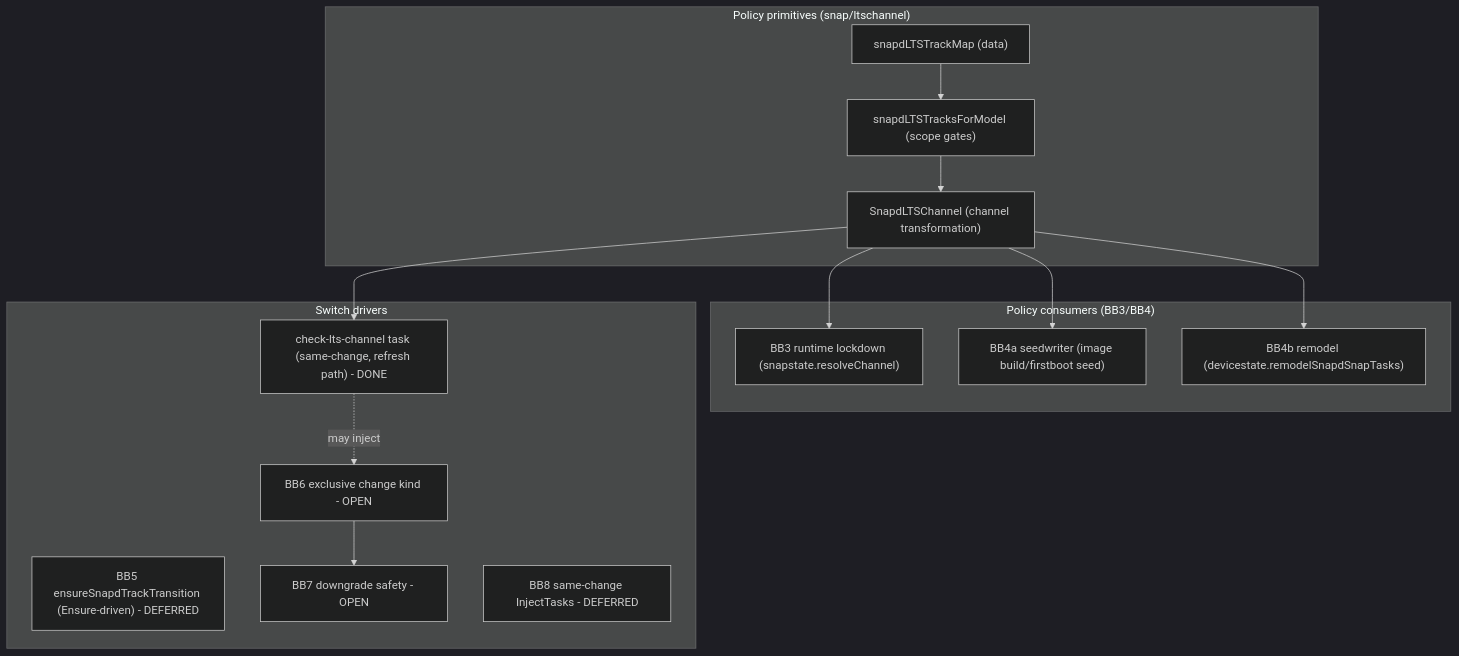
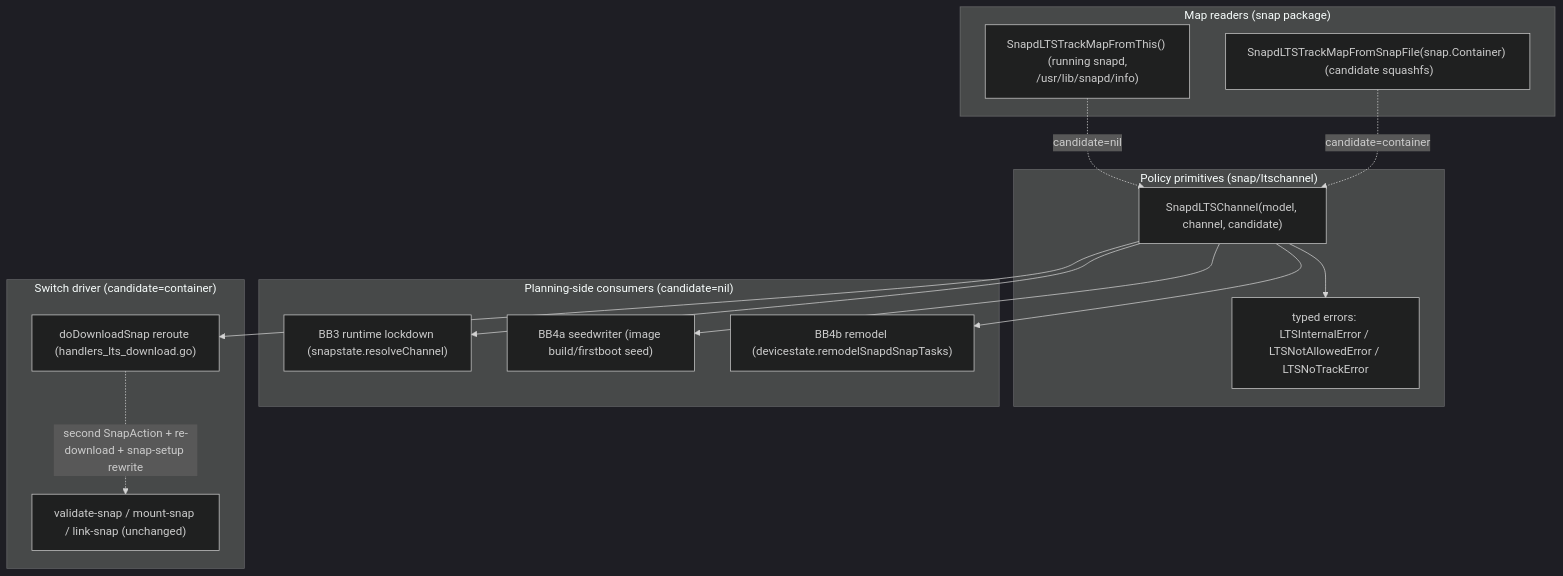
Before and after one commit to canonical/snapd: the diagram in DESIGN.md, drawn with Mermaid (dark theme). The commit also changed other lines of this file and 5 other files, not shown here.

Commit message:
add build time trackMap generation

````diff
--- a/DESIGN.md
+++ b/DESIGN.md
@@ -219,27 +302,26 @@
 ```mermaid
 flowchart TD
-    subgraph policy ["Policy primitives (snap/ltschannel)"]
-        P1["snapdLTSTrackMap (data)"]
-        P2["snapdLTSTracksForModel (scope gates)"]
-        P3["SnapdLTSChannel (channel transformation)"]
-        P1 --> P2 --> P3
+    subgraph primitives ["Policy primitives (snap/ltschannel)"]
+        L["SnapdLTSChannel(model, channel, candidate)"]
+        L --> E["typed errors: LTSInternalError / LTSNotAllowedError / LTSNoTrackError"]
     end
-    subgraph consumers ["Policy consumers (BB3/BB4)"]
+    subgraph readers ["Map readers (snap package)"]
+        R1["SnapdLTSTrackMapFromThis()  (running snapd, /usr/lib/snapd/info)"]
+        R2["SnapdLTSTrackMapFromSnapFile(snap.Container)  (candidate squashfs)"]
+    end
+    subgraph consumers ["Planning-side consumers (candidate=nil)"]
         BB3["BB3 runtime lockdown (snapstate.resolveChannel)"]
         BB4a["BB4a seedwriter (image build/firstboot seed)"]
         BB4b["BB4b remodel (devicestate.remodelSnapdSnapTasks)"]
     end
-    subgraph drivers ["Switch drivers"]
-        D1["check-lts-channel task (same-change, refresh path) - DONE"]
-        BB5["BB5 ensureSnapdTrackTransition (Ensure-driven) - DEFERRED"]
-        BB6["BB6 exclusive change kind - OPEN"]
-        BB7["BB7 downgrade safety - OPEN"]
-        BB8["BB8 same-change InjectTasks - DEFERRED"]
+    subgraph driver ["Switch driver (candidate=container)"]
+        D["doDownloadSnap reroute (handlers_lts_download.go)"]
+        D -.->|second SnapAction + re-download + snap-setup rewrite| D2["validate-snap / mount-snap / link-snap (unchanged)"]
     end
-    P3 --> BB3
-    P3 --> BB4a
-    P3 --> BB4b
-    P3 --> D1
-    D1 -.->|may inject| BB6
-    BB6 --> BB7
+    L --> BB3
+    L --> BB4a
+    L --> BB4b
+    L --> D
+    R1 -.candidate=nil.-> L
+    R2 -.candidate=container.-> L
 ```
````
